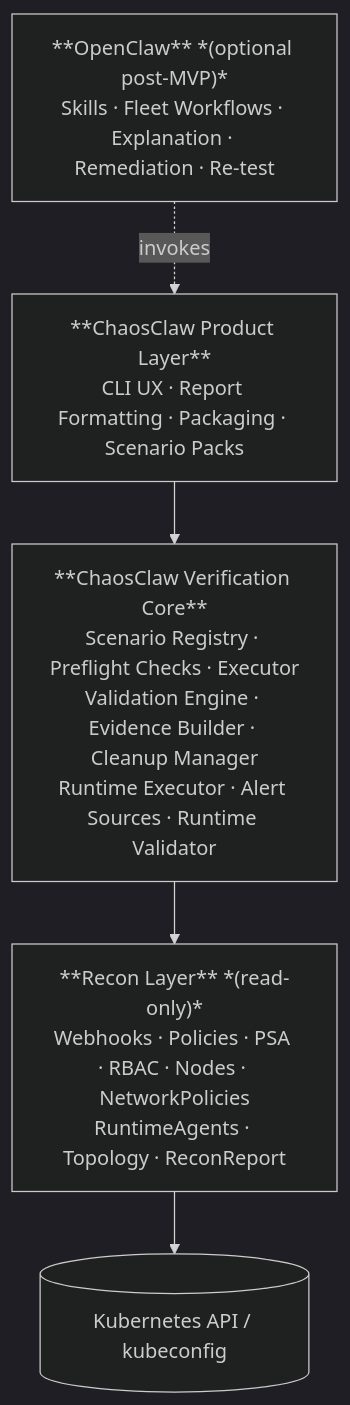
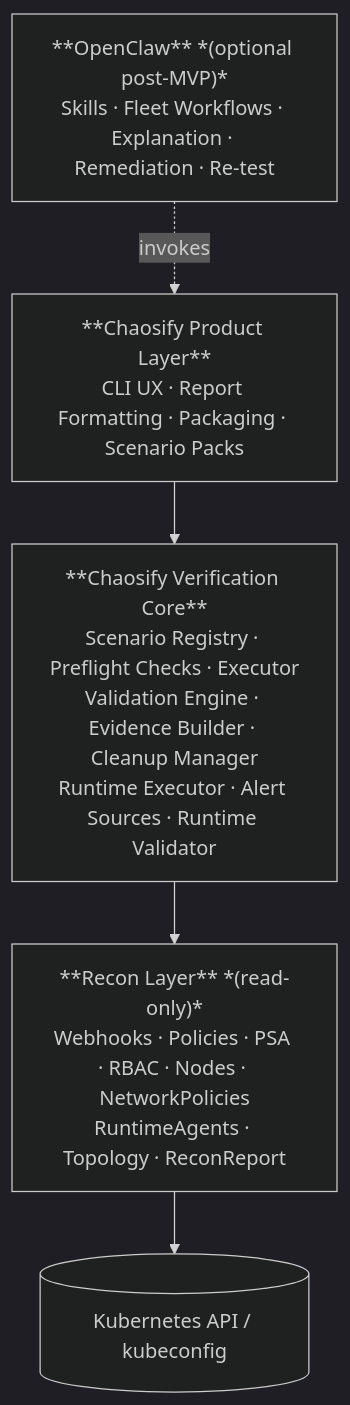
The diagram in docs/architecture.md (aahan-pat/chaosify), drawn with Mermaid (dark theme) before and after one commit. The commit also changed other lines of this file and 68 other files, not shown here.

````diff
--- a/docs/architecture.md
+++ b/docs/architecture.md
@@ -104,13 +104,13 @@
 ```mermaid
 flowchart TD
     OC["**OpenClaw** *(optional post-MVP)*\nSkills · Fleet Workflows · Explanation · Remediation · Re-test"]
-    A["**ChaosClaw Product Layer**\nCLI UX · Report Formatting · Packaging · Scenario Packs"]
-    B["**ChaosClaw Verification Core**\nScenario Registry · Preflight Checks · Executor\nValidation Engine · Evidence Builder · Cleanup Manager\nRuntime Executor · Alert Sources · Runtime Validator"]
+    A["**Chaosify Product Layer**\nCLI UX · Report Formatting · Packaging · Scenario Packs"]
+    B["**Chaosify Verification Core**\nScenario Registry · Preflight Checks · Executor\nValidation Engine · Evidence Builder · Cleanup Manager\nRuntime Executor · Alert Sources · Runtime Validator"]
     C["**Recon Layer** *(read-only)*\nWebhooks · Policies · PSA · RBAC · Nodes · NetworkPolicies\nRuntimeAgents · Topology · ReconReport"]
     D[("Kubernetes API / kubeconfig")]
 
     OC -.->|"invokes"| A
     A --> B
     B --> C
     C --> D
 ```
````
